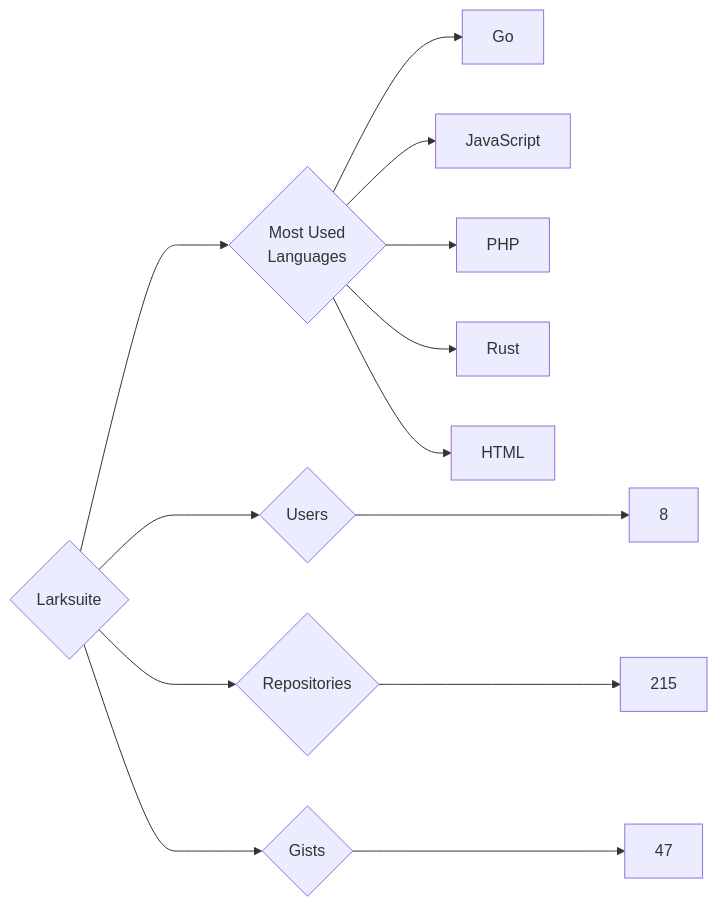
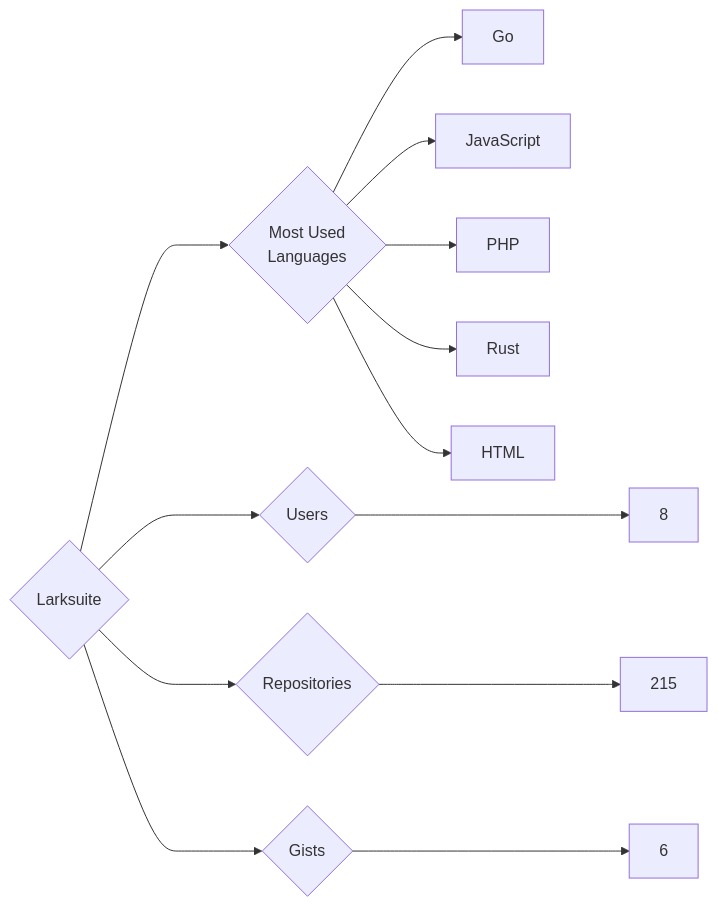
Before and after one commit to trickest/insiders: the diagram in targets/Larksuite/README.md, drawn with Mermaid. The commit also changed 1389 other files, not shown here.

````diff
--- a/targets/Larksuite/README.md
+++ b/targets/Larksuite/README.md
@@ -3,13 +3,13 @@
 ```mermaid
 graph LR
 COMPANY_NAME{Larksuite}
 COMPANY_NAME ---> U{Users} ---> UN[8]
 COMPANY_NAME ---> R{Repositories} ---> RN[215]
-COMPANY_NAME ---> G{Gists} ---> GN[47]
+COMPANY_NAME ---> G{Gists} ---> GN[6]
 COMPANY_NAME ---> ML{Most Used<br>Languages}
 ML --> Go[Go]
 ML --> JavaScript[JavaScript]
 ML --> PHP[PHP]
 ML --> Rust[Rust]
 ML --> HTML[HTML]
 ```
````
